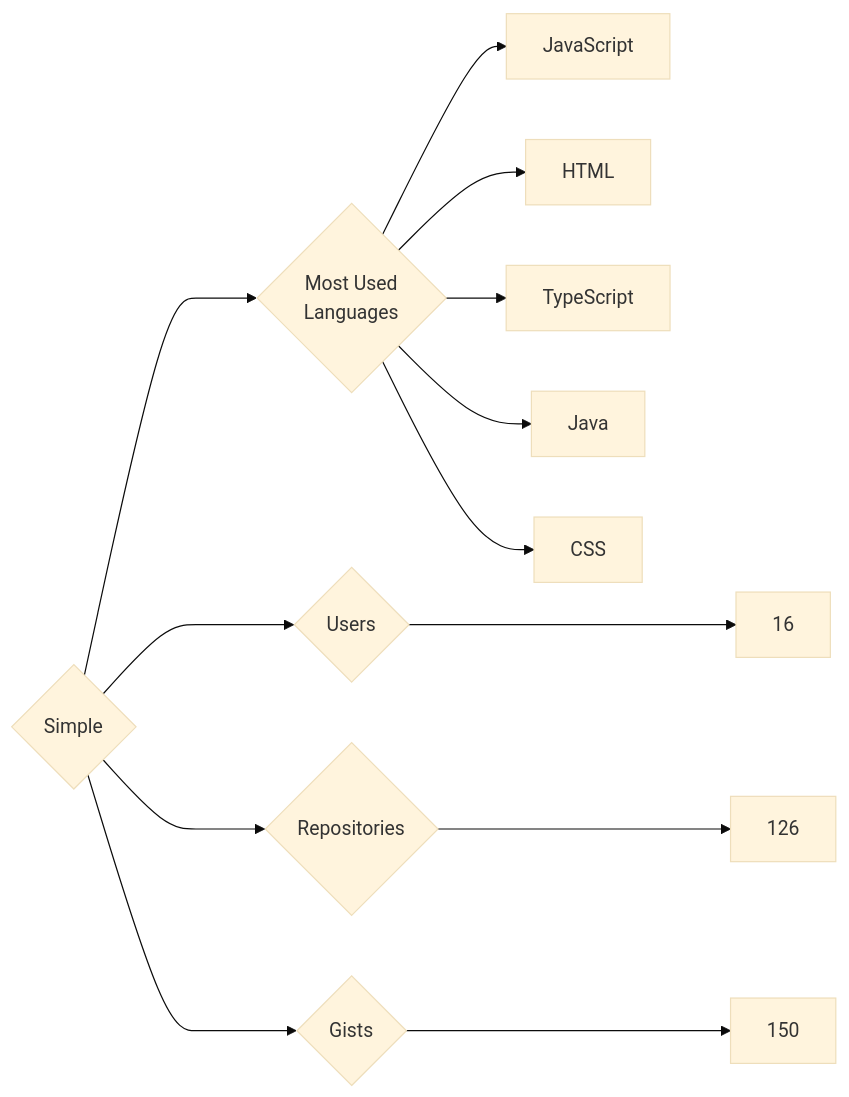
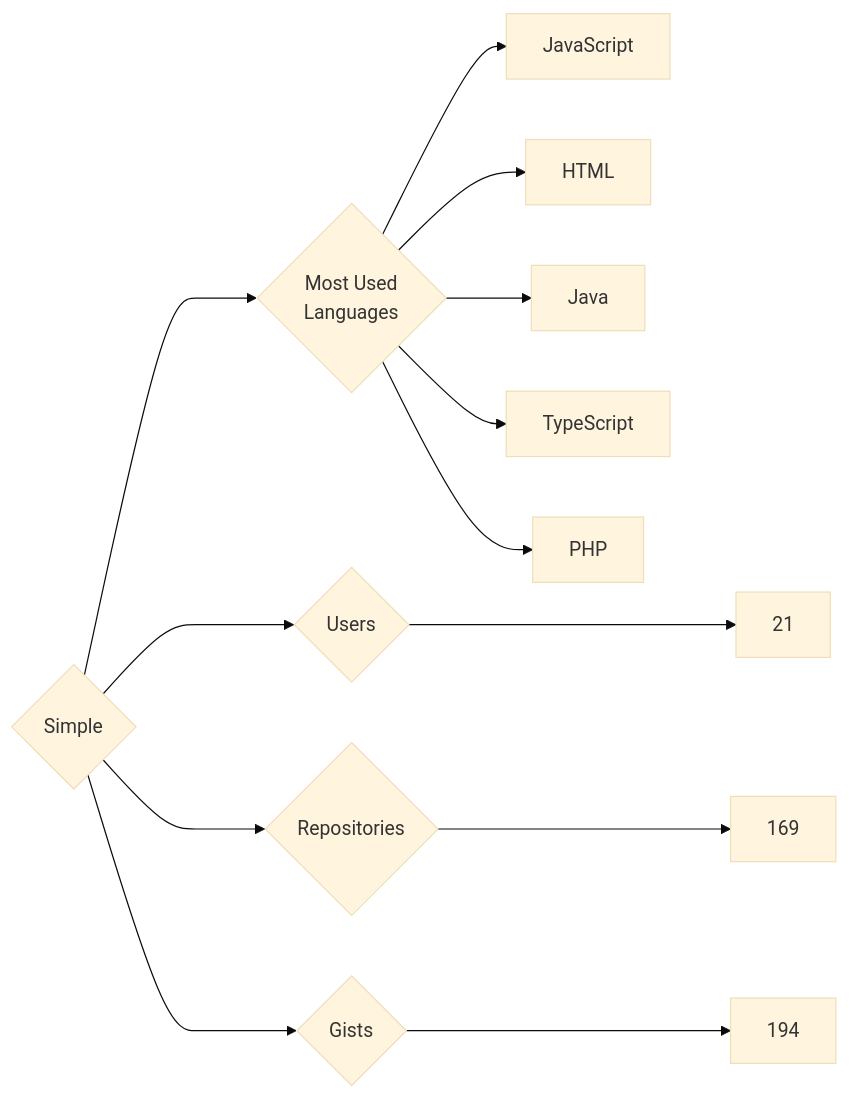
One commit to trickest/insiders changed the diagram in targets/Simple/README.md. Above: the diagram before and after it, drawn with Mermaid (base theme). The commit also changed 829 other files, not shown here.

````diff
--- a/targets/Simple/README.md
+++ b/targets/Simple/README.md
@@ -3,13 +3,13 @@
 ```mermaid
 graph LR
 COMPANY_NAME{Simple}
-COMPANY_NAME ---> U{Users} ---> UN[16]
-COMPANY_NAME ---> R{Repositories} ---> RN[126]
-COMPANY_NAME ---> G{Gists} ---> GN[150]
+COMPANY_NAME ---> U{Users} ---> UN[21]
+COMPANY_NAME ---> R{Repositories} ---> RN[169]
+COMPANY_NAME ---> G{Gists} ---> GN[194]
 COMPANY_NAME ---> ML{Most Used<br>Languages}
 ML --> JavaScript[JavaScript]
 ML --> HTML[HTML]
+ML --> Java[Java]
 ML --> TypeScript[TypeScript]
-ML --> Java[Java]
-ML --> CSS[CSS]
+ML --> PHP[PHP]
 ```
````
